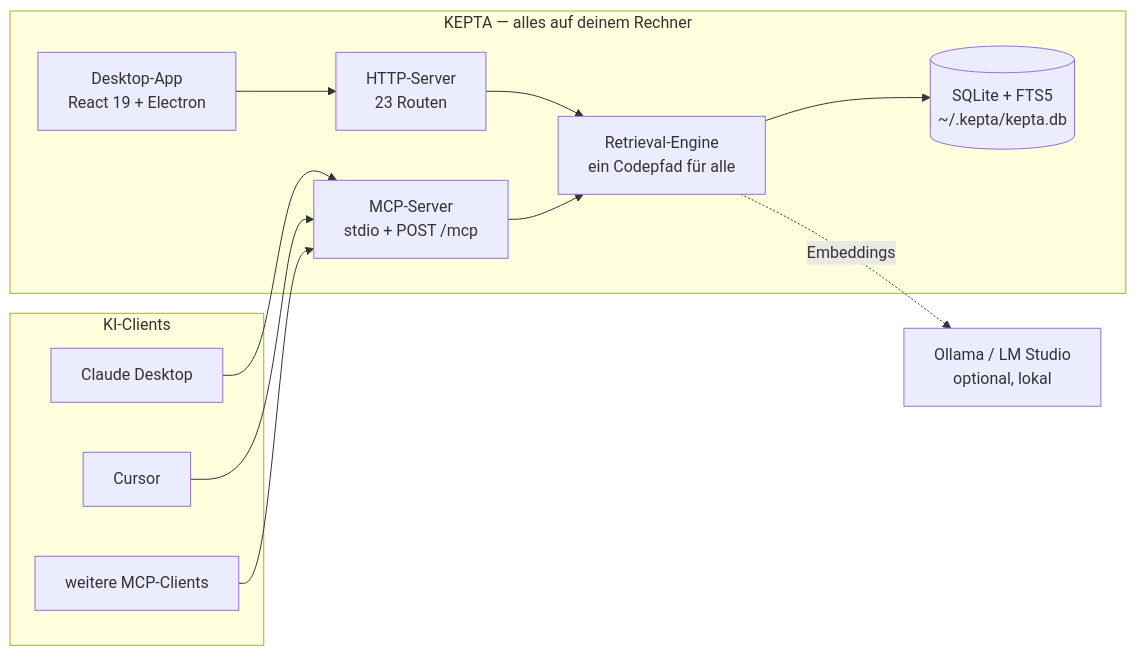
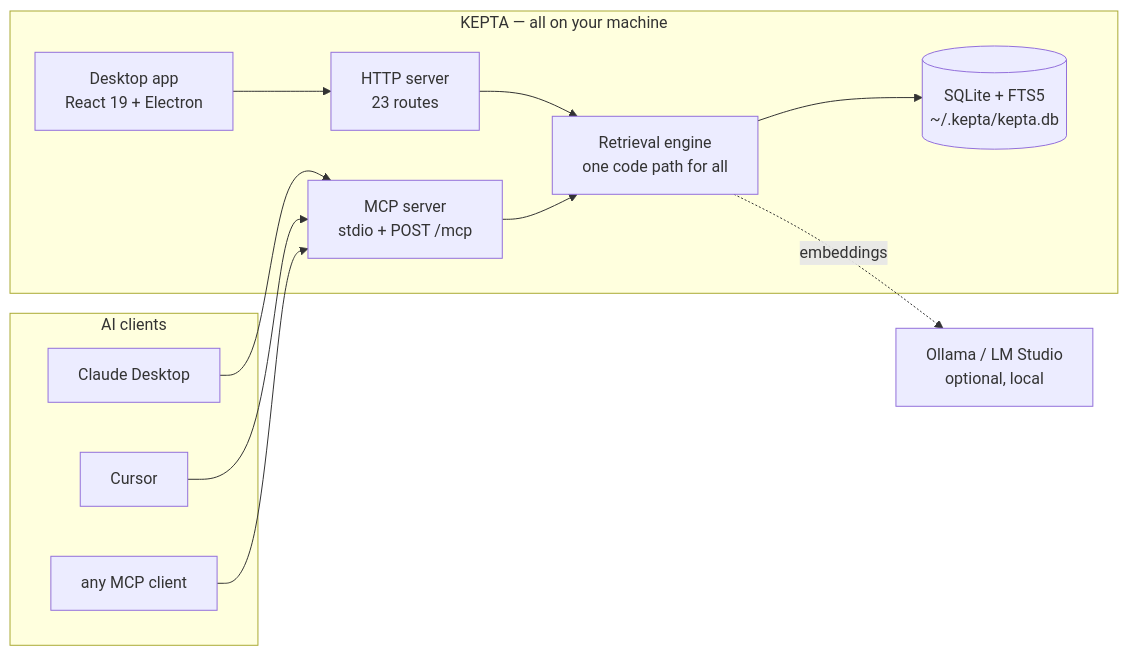
The first of 2 diagrams in README.md (DamianTodorovic/kepta), drawn with Mermaid before and after one commit. The commit also changed other lines of this file and 12 other files, not shown here.

````diff
--- a/README.md
+++ b/README.md
@@ -34,24 +38,24 @@
 ```mermaid
 flowchart LR
-  subgraph Clients["KI-Clients"]
+  subgraph Clients["AI clients"]
     CD["Claude Desktop"]
     CU["Cursor"]
-    XX["weitere MCP-Clients"]
+    XX["any MCP client"]
   end
-  subgraph App["KEPTA — alles auf deinem Rechner"]
-    UI["Desktop-App<br/>React 19 + Electron"]
-    SRV["HTTP-Server<br/>23 Routen"]
-    MCP["MCP-Server<br/>stdio + POST /mcp"]
-    ENG["Retrieval-Engine<br/>ein Codepfad für alle"]
+  subgraph App["KEPTA — all on your machine"]
+    UI["Desktop app<br/>React 19 + Electron"]
+    SRV["HTTP server<br/>23 routes"]
+    MCP["MCP server<br/>stdio + POST /mcp"]
+    ENG["Retrieval engine<br/>one code path for all"]
     ST[("SQLite + FTS5<br/>~/.kepta/kepta.db")]
   end
-  OLL["Ollama / LM Studio<br/>optional, lokal"]
+  OLL["Ollama / LM Studio<br/>optional, local"]
   CD --> MCP
   CU --> MCP
   XX --> MCP
   UI --> SRV
   SRV --> ENG
   MCP --> ENG
   ENG --> ST
-  ENG -. Embeddings .-> OLL
+  ENG -. embeddings .-> OLL
 ```
````
